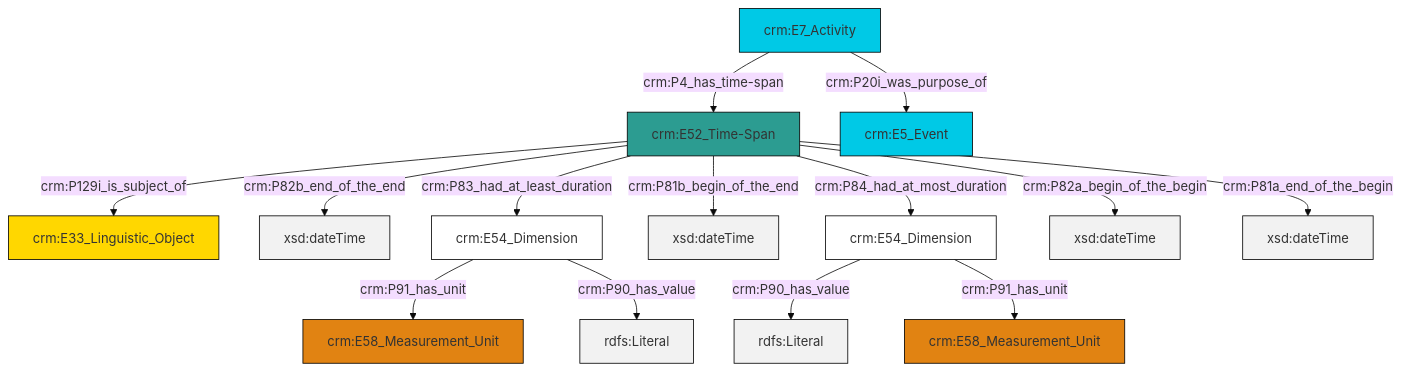
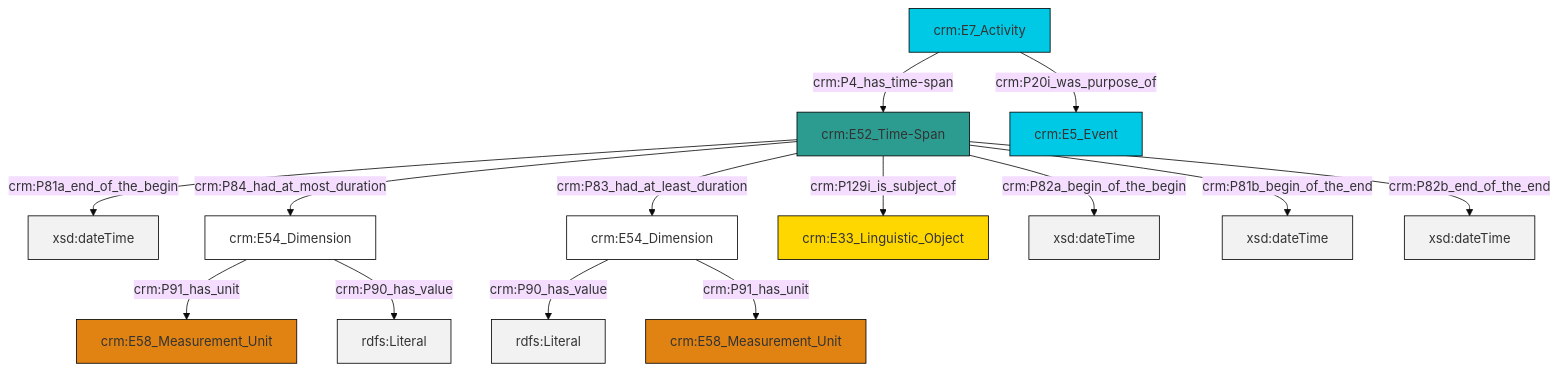
The diagram in et/eventCSV/ttl/mmd/event_existence.ttl.mmd (swiss-art-research-net/reference-data-models), drawn with Mermaid (base theme) before and after one commit. The commit also changed 129 other files, not shown here.

```diff
--- a/et/eventCSV/ttl/mmd/event_existence.ttl.mmd
+++ b/et/eventCSV/ttl/mmd/event_existence.ttl.mmd
@@ -1,28 +1,28 @@
 graph TD
 classDef Literal fill:#f2f2f2,stroke:#000000;
 classDef CRM_Entity fill:#FFFFFF,stroke:#000000;
 classDef Temporal_Entity fill:#00C9E6, stroke:#000000;
 classDef Type fill:#E18312, stroke:#000000;
 classDef Time-Span fill:#2C9C91, stroke:#000000;
 classDef Appellation fill:#FFEB7F, stroke:#000000;
 classDef Place fill:#008836, stroke:#000000;
 classDef Persistent_Item fill:#B266B2, stroke:#000000;
 classDef Conceptual_Object fill:#FFD700, stroke:#000000;
 classDef Physical_Thing fill:#D2B48C, stroke:#000000;
 classDef Actor fill:#f58aad, stroke:#000000;
 classDef PC_Classes fill:#4ce600, stroke:#000000;
 classDef Multi fill:#cccccc,stroke:#000000;
 
-2["crm:E7_Activity"]:::Temporal_Entity -->|crm:P4_has_time-span| 3["crm:E52_Time-Span"]:::Time-Span
-3["crm:E52_Time-Span"]:::Time-Span -->|crm:P82b_end_of_the_end| 4[xsd:dateTime]:::Literal
-2["crm:E7_Activity"]:::Temporal_Entity -->|crm:P20i_was_purpose_of| 5["crm:E5_Event"]:::Temporal_Entity
-3["crm:E52_Time-Span"]:::Time-Span -->|crm:P83_had_at_least_duration| 6["crm:E54_Dimension"]:::CRM_Entity
-3["crm:E52_Time-Span"]:::Time-Span -->|crm:P81b_begin_of_the_end| 7[xsd:dateTime]:::Literal
-3["crm:E52_Time-Span"]:::Time-Span -->|crm:P84_had_at_most_duration| 11["crm:E54_Dimension"]:::CRM_Entity
-11["crm:E54_Dimension"]:::CRM_Entity -->|crm:P90_has_value| 13[rdfs:Literal]:::Literal
-11["crm:E54_Dimension"]:::CRM_Entity -->|crm:P91_has_unit| 14["crm:E58_Measurement_Unit"]:::Type
-3["crm:E52_Time-Span"]:::Time-Span -->|crm:P129i_is_subject_of| 0["crm:E33_Linguistic_Object"]:::Conceptual_Object
-3["crm:E52_Time-Span"]:::Time-Span -->|crm:P82a_begin_of_the_begin| 19[xsd:dateTime]:::Literal
-6["crm:E54_Dimension"]:::CRM_Entity -->|crm:P91_has_unit| 9["crm:E58_Measurement_Unit"]:::Type
-3["crm:E52_Time-Span"]:::Time-Span -->|crm:P81a_end_of_the_begin| 20[xsd:dateTime]:::Literal
-6["crm:E54_Dimension"]:::CRM_Entity -->|crm:P90_has_value| 21[rdfs:Literal]:::Literal
+0["crm:E52_Time-Span"]:::Time-Span -->|crm:P81a_end_of_the_begin| 1[xsd:dateTime]:::Literal
+0["crm:E52_Time-Span"]:::Time-Span -->|crm:P84_had_at_most_duration| 4["crm:E54_Dimension"]:::CRM_Entity
+5["crm:E54_Dimension"]:::CRM_Entity -->|crm:P90_has_value| 6[rdfs:Literal]:::Literal
+4["crm:E54_Dimension"]:::CRM_Entity -->|crm:P91_has_unit| 7["crm:E58_Measurement_Unit"]:::Type
+10["crm:E7_Activity"]:::Temporal_Entity -->|crm:P4_has_time-span| 0["crm:E52_Time-Span"]:::Time-Span
+4["crm:E54_Dimension"]:::CRM_Entity -->|crm:P90_has_value| 11[rdfs:Literal]:::Literal
+0["crm:E52_Time-Span"]:::Time-Span -->|crm:P129i_is_subject_of| 12["crm:E33_Linguistic_Object"]:::Conceptual_Object
+0["crm:E52_Time-Span"]:::Time-Span -->|crm:P82a_begin_of_the_begin| 13[xsd:dateTime]:::Literal
+10["crm:E7_Activity"]:::Temporal_Entity -->|crm:P20i_was_purpose_of| 2["crm:E5_Event"]:::Temporal_Entity
+5["crm:E54_Dimension"]:::CRM_Entity -->|crm:P91_has_unit| 14["crm:E58_Measurement_Unit"]:::Type
+0["crm:E52_Time-Span"]:::Time-Span -->|crm:P81b_begin_of_the_end| 20[xsd:dateTime]:::Literal
+0["crm:E52_Time-Span"]:::Time-Span -->|crm:P83_had_at_least_duration| 5["crm:E54_Dimension"]:::CRM_Entity
+0["crm:E52_Time-Span"]:::Time-Span -->|crm:P82b_end_of_the_end| 21[xsd:dateTime]:::Literal
```
